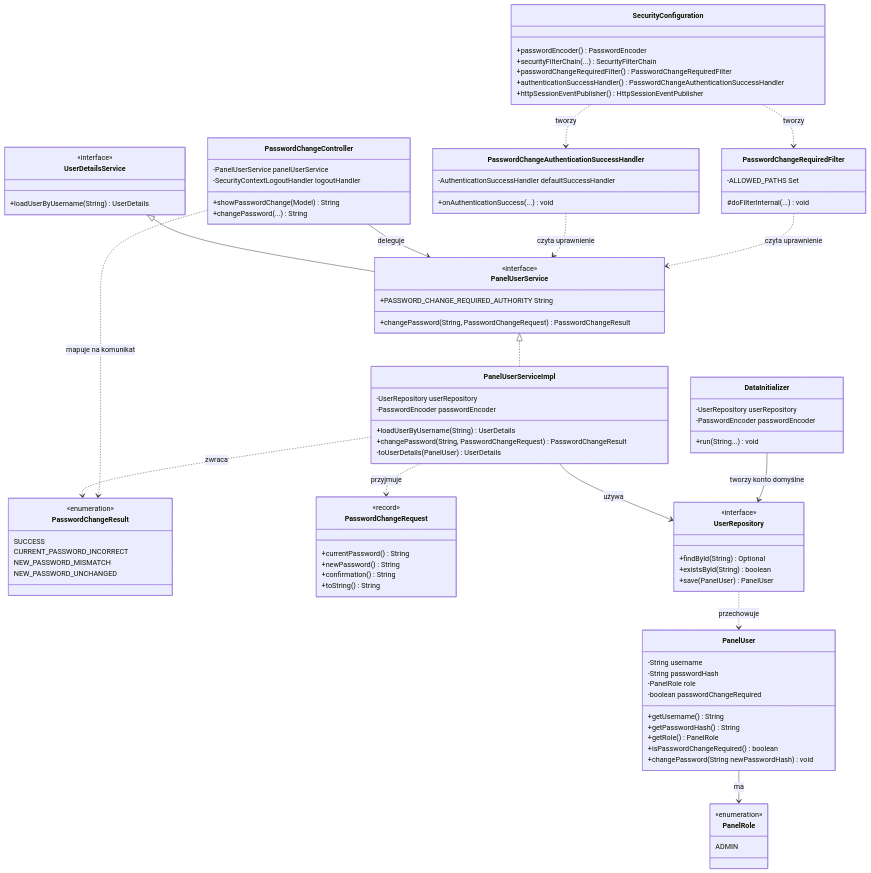
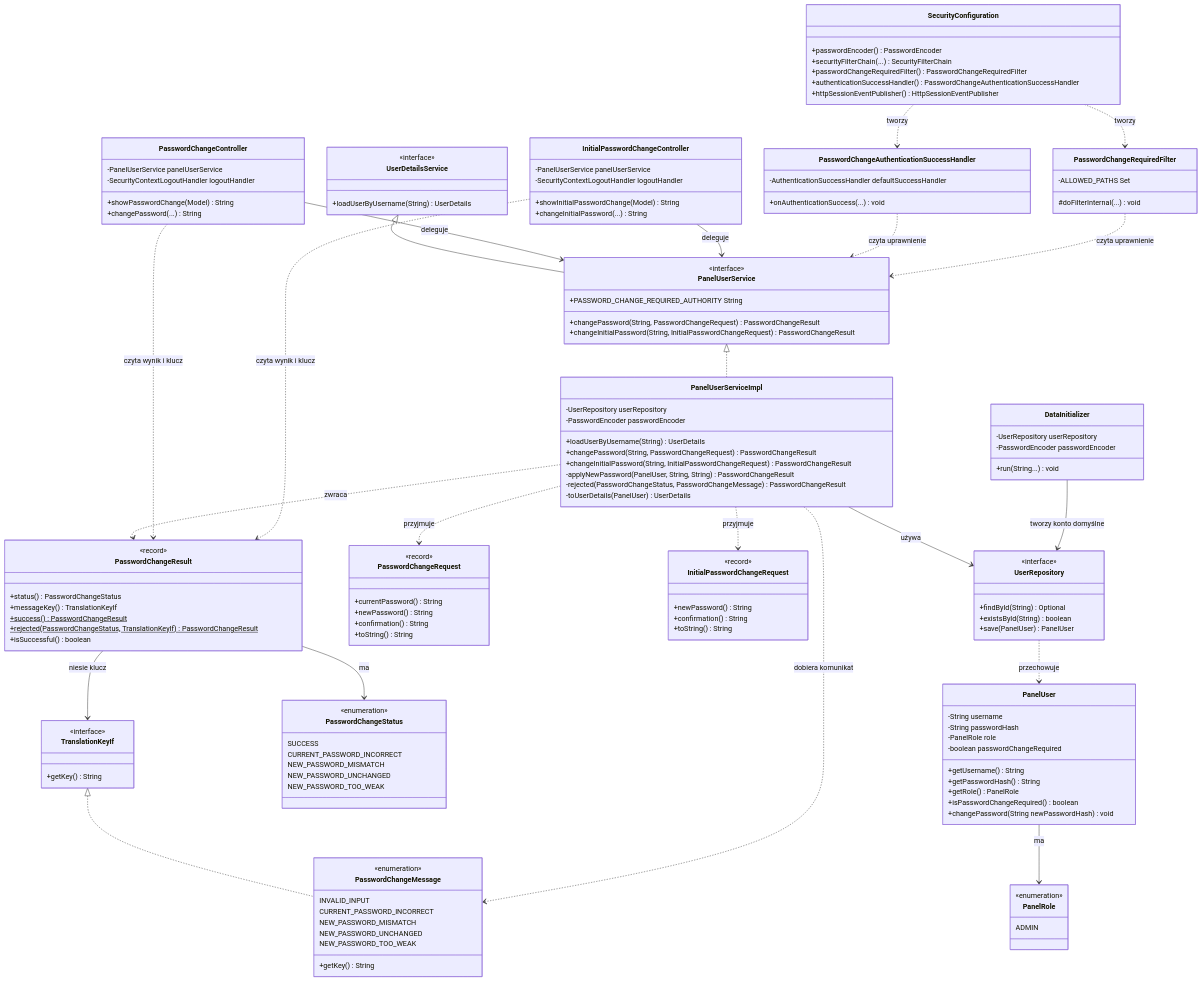
One commit to Pplociennik/vDeck changed the diagram in dokumentacja/diagramy/authentication/klasy-komponenty.mmd. Above: the diagram before and after it, drawn with Mermaid. The commit also changed 57 other files, not shown here.

```diff
--- a/dokumentacja/diagramy/authentication/klasy-komponenty.mmd
+++ b/dokumentacja/diagramy/authentication/klasy-komponenty.mmd
@@ -1,108 +1,158 @@
 %% Diagram klas: feature authentication oraz współpracujące komponenty bezpieczeństwa
 classDiagram
     direction TB
 
     class PanelUser {
         -String username
         -String passwordHash
         -PanelRole role
         -boolean passwordChangeRequired
         +getUsername() String
         +getPasswordHash() String
         +getRole() PanelRole
         +isPasswordChangeRequired() boolean
         +changePassword(String newPasswordHash) void
     }
 
     class PanelRole {
         <<enumeration>>
         ADMIN
     }
 
-    class PasswordChangeResult {
+    class PasswordChangeStatus {
         <<enumeration>>
         SUCCESS
         CURRENT_PASSWORD_INCORRECT
         NEW_PASSWORD_MISMATCH
         NEW_PASSWORD_UNCHANGED
+        NEW_PASSWORD_TOO_WEAK
+    }
+
+    class PasswordChangeResult {
+        <<record>>
+        +status() PasswordChangeStatus
+        +messageKey() TranslationKeyIf
+        +success()$ PasswordChangeResult
+        +rejected(PasswordChangeStatus, TranslationKeyIf)$ PasswordChangeResult
+        +isSuccessful() boolean
+    }
+
+    class PasswordChangeMessage {
+        <<enumeration>>
+        INVALID_INPUT
+        CURRENT_PASSWORD_INCORRECT
+        NEW_PASSWORD_MISMATCH
+        NEW_PASSWORD_UNCHANGED
+        NEW_PASSWORD_TOO_WEAK
+        +getKey() String
+    }
+
+    class TranslationKeyIf {
+        <<interface>>
+        +getKey() String
     }
 
     class PasswordChangeRequest {
         <<record>>
         +currentPassword() String
+        +newPassword() String
+        +confirmation() String
+        +toString() String
+    }
+
+    class InitialPasswordChangeRequest {
+        <<record>>
         +newPassword() String
         +confirmation() String
         +toString() String
     }
 
     class UserRepository {
         <<interface>>
         +findById(String) Optional
         +existsById(String) boolean
         +save(PanelUser) PanelUser
     }
 
     class UserDetailsService {
         <<interface>>
         +loadUserByUsername(String) UserDetails
     }
 
     class PanelUserService {
         <<interface>>
         +PASSWORD_CHANGE_REQUIRED_AUTHORITY String
         +changePassword(String, PasswordChangeRequest) PasswordChangeResult
+        +changeInitialPassword(String, InitialPasswordChangeRequest) PasswordChangeResult
     }
 
     class PanelUserServiceImpl {
         -UserRepository userRepository
         -PasswordEncoder passwordEncoder
         +loadUserByUsername(String) UserDetails
         +changePassword(String, PasswordChangeRequest) PasswordChangeResult
+        +changeInitialPassword(String, InitialPasswordChangeRequest) PasswordChangeResult
+        -applyNewPassword(PanelUser, String, String) PasswordChangeResult
+        -rejected(PasswordChangeStatus, PasswordChangeMessage) PasswordChangeResult
         -toUserDetails(PanelUser) UserDetails
     }
 
     class PasswordChangeController {
         -PanelUserService panelUserService
         -SecurityContextLogoutHandler logoutHandler
         +showPasswordChange(Model) String
         +changePassword(...) String
+    }
+
+    class InitialPasswordChangeController {
+        -PanelUserService panelUserService
+        -SecurityContextLogoutHandler logoutHandler
+        +showInitialPasswordChange(Model) String
+        +changeInitialPassword(...) String
     }
 
     class PasswordChangeAuthenticationSuccessHandler {
         -AuthenticationSuccessHandler defaultSuccessHandler
         +onAuthenticationSuccess(...) void
     }
 
     class PasswordChangeRequiredFilter {
         -ALLOWED_PATHS Set
         #doFilterInternal(...) void
     }
 
     class SecurityConfiguration {
         +passwordEncoder() PasswordEncoder
         +securityFilterChain(...) SecurityFilterChain
         +passwordChangeRequiredFilter() PasswordChangeRequiredFilter
         +authenticationSuccessHandler() PasswordChangeAuthenticationSuccessHandler
         +httpSessionEventPublisher() HttpSessionEventPublisher
     }
 
     class DataInitializer {
         -UserRepository userRepository
         -PasswordEncoder passwordEncoder
         +run(String...) void
     }
 
     UserDetailsService <|-- PanelUserService
     PanelUserService <|.. PanelUserServiceImpl
+    TranslationKeyIf <|.. PasswordChangeMessage
     PanelUserServiceImpl --> UserRepository : używa
     PanelUserServiceImpl ..> PasswordChangeRequest : przyjmuje
+    PanelUserServiceImpl ..> InitialPasswordChangeRequest : przyjmuje
     PanelUserServiceImpl ..> PasswordChangeResult : zwraca
+    PanelUserServiceImpl ..> PasswordChangeMessage : dobiera komunikat
+    PasswordChangeResult --> PasswordChangeStatus : ma
+    PasswordChangeResult --> TranslationKeyIf : niesie klucz
     UserRepository ..> PanelUser : przechowuje
     PanelUser --> PanelRole : ma
     PasswordChangeController --> PanelUserService : deleguje
-    PasswordChangeController ..> PasswordChangeResult : mapuje na komunikat
+    InitialPasswordChangeController --> PanelUserService : deleguje
+    PasswordChangeController ..> PasswordChangeResult : czyta wynik i klucz
+    InitialPasswordChangeController ..> PasswordChangeResult : czyta wynik i klucz
     PasswordChangeAuthenticationSuccessHandler ..> PanelUserService : czyta uprawnienie
     PasswordChangeRequiredFilter ..> PanelUserService : czyta uprawnienie
     SecurityConfiguration ..> PasswordChangeRequiredFilter : tworzy
     SecurityConfiguration ..> PasswordChangeAuthenticationSuccessHandler : tworzy
     DataInitializer --> UserRepository : tworzy konto domyślne
```
